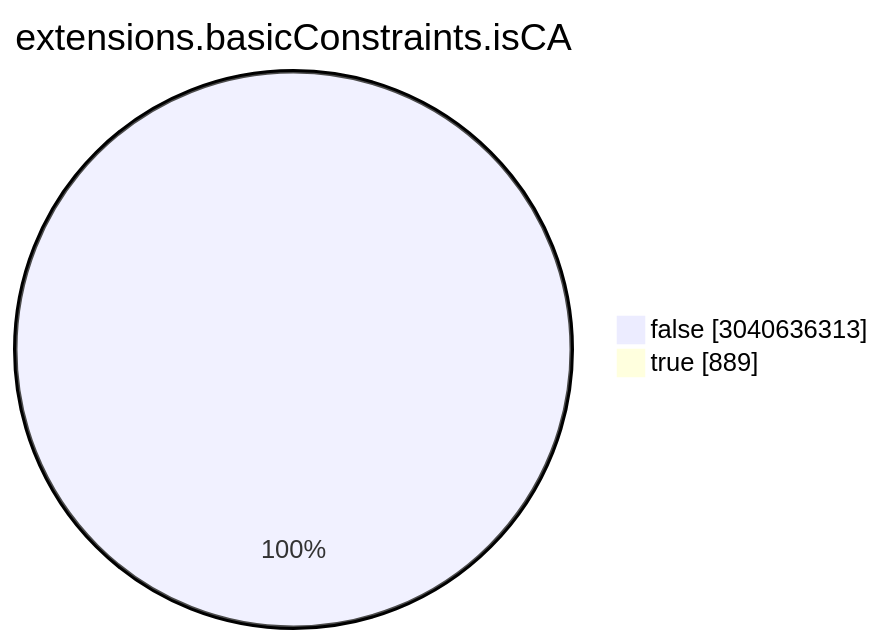
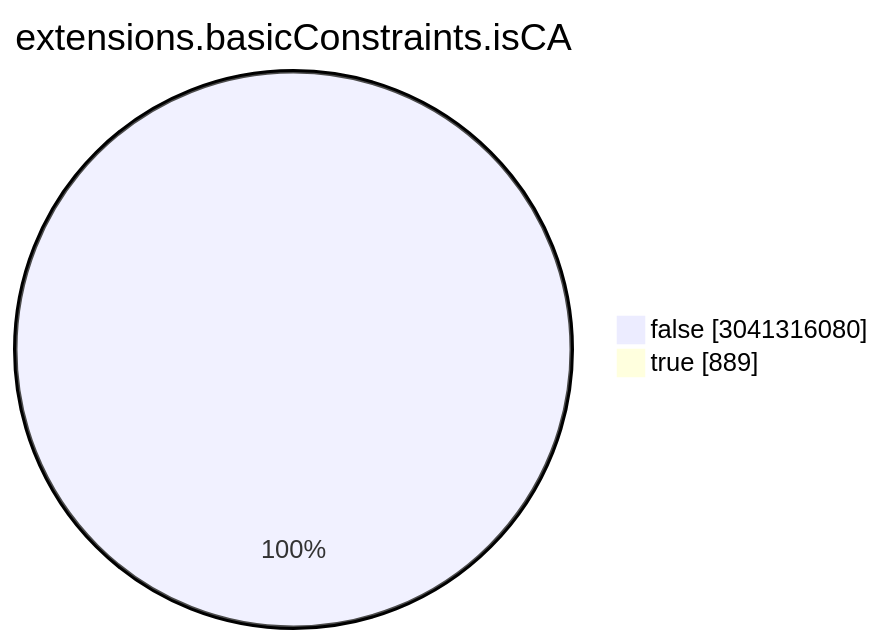
Before and after one commit to christiankrug/ctmonitor_visualization: the seventh of 15 diagrams in TOTAL/README.md, drawn with Mermaid. The commit also changed other lines of this file, not shown here.

````diff
--- a/TOTAL/README.md
+++ b/TOTAL/README.md
@@ -3086,6 +3086,6 @@
 ```mermaid
 pie showData
 title extensions.basicConstraints.isCA
-"false" :3040636313
+"false" :3041316080
 "true" :889
 ```
````
